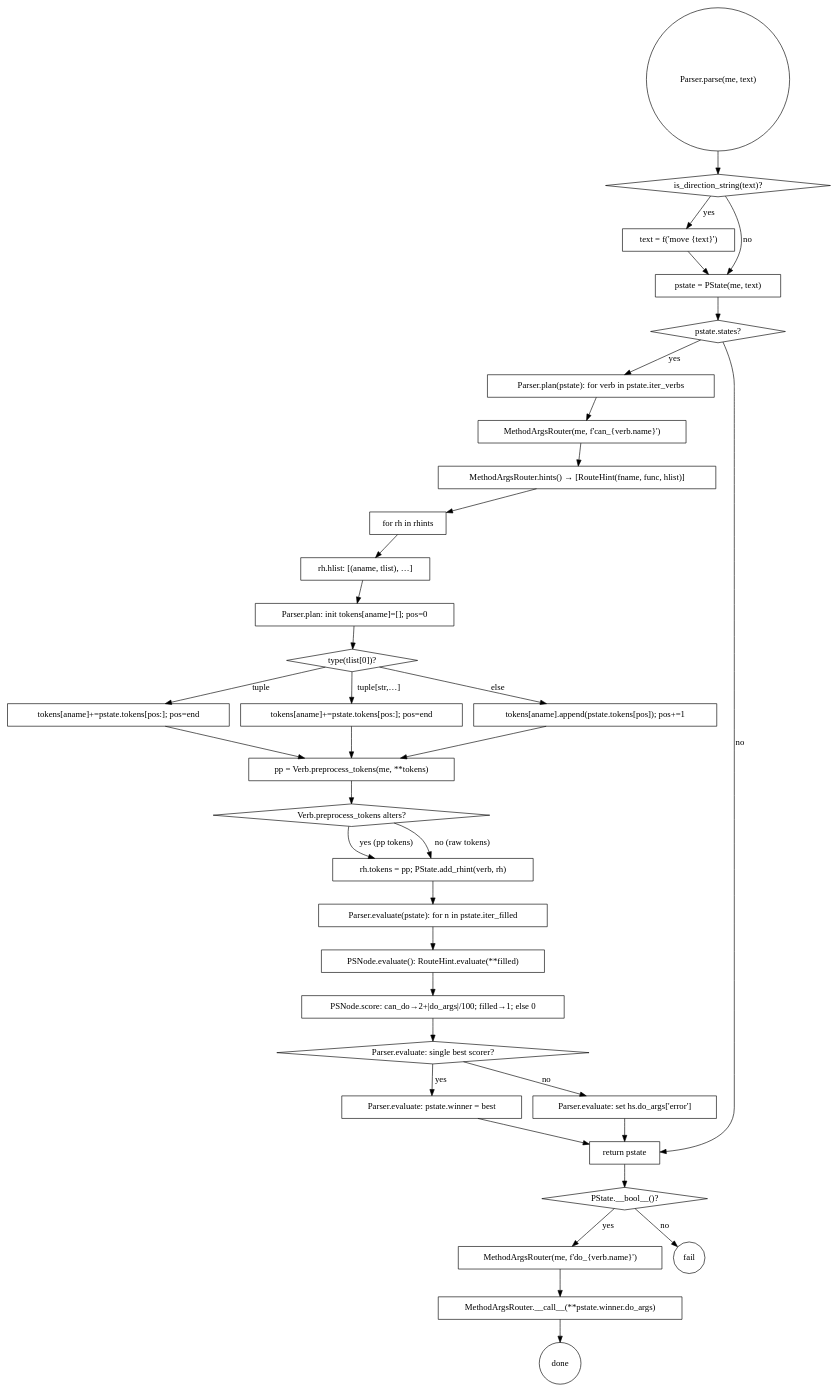
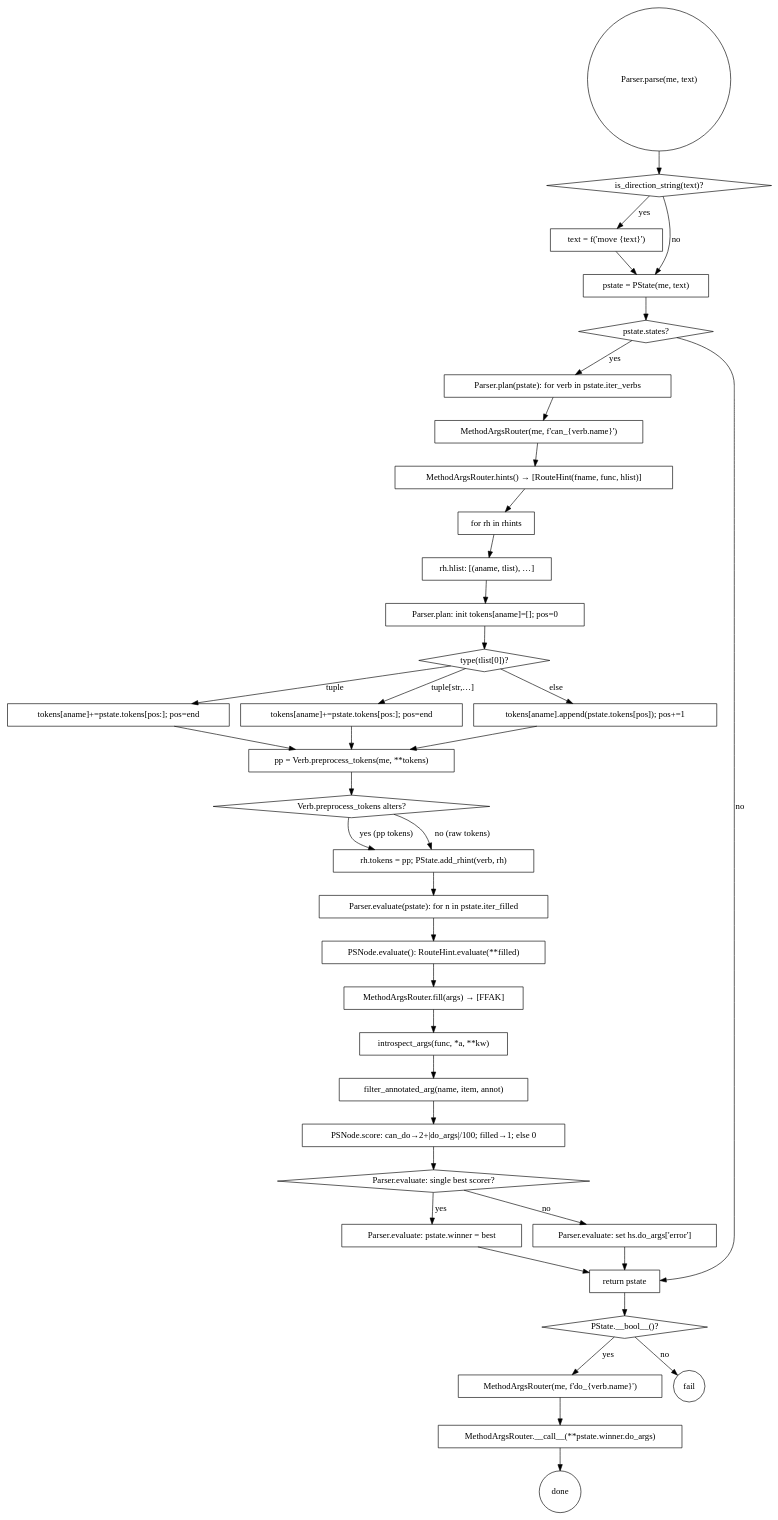
Before and after one commit to jettero/space: the diagram in parser.dot, drawn with Graphviz.

Commit message:
little more detail

```diff
--- a/parser.dot
+++ b/parser.dot
@@ -1,72 +1,75 @@
 digraph G {
   rankdir=TB;
 
   // Center on Parser.parse()
   start [shape=circle, label="Parser.parse(me, text)"];
   dirq [shape=diamond, label="is_direction_string(text)?"];
   toMoves [shape=box, label="text = f('move {text}')"];
   mkPState [shape=box, label="pstate = PState(me, text)"];
   haveStates [shape=diamond, label="pstate.states?"];
 
   // Planning phase
   plan [shape=box, label="Parser.plan(pstate): for verb in pstate.iter_verbs"];
   mrcan [shape=box, label="MethodArgsRouter(me, f'can_{verb.name}')"];
   rhints [shape=box, label="MethodArgsRouter.hints() → [RouteHint(fname, func, hlist)]"];
   rh_foreach [shape=box, label="for rh in rhints"];
   rh_hlist [shape=box, label="rh.hlist: [(aname, tlist), …]"];
   fillTok [shape=box, label="Parser.plan: init tokens[aname]=[]; pos=0"];
   tlistHead [shape=diamond, label="type(tlist[0])?"];
   tlist1 [shape=box, label="tokens[aname]+=pstate.tokens[pos:]; pos=end"];
   tlistEll [shape=box, label="tokens[aname]+=pstate.tokens[pos:]; pos=end"];
   tlistAtom [shape=box, label="tokens[aname].append(pstate.tokens[pos]); pos+=1"];
   ppNeeded [shape=diamond, label="Verb.preprocess_tokens alters?"];
   preprocess [shape=box, label="pp = Verb.preprocess_tokens(me, **tokens)"];
   attach [shape=box, label="rh.tokens = pp; PState.add_rhint(verb, rh)"];
 
   // Evaluation phase
   eval [shape=box, label="Parser.evaluate(pstate): for n in pstate.iter_filled"];
   psnEval [shape=box, label="PSNode.evaluate(): RouteHint.evaluate(**filled)"];
+  mmrFill [shape=box, label="MethodArgsRouter.fill(args) → [FFAK]"];
+  ia [shape=box, label="introspect_args(func, *a, **kw)"];
+  faa [shape=box, label="filter_annotated_arg(name, item, annot)"];
   score [shape=box, label="PSNode.score: can_do→2+|do_args|/100; filled→1; else 0"];
   best [shape=diamond, label="Parser.evaluate: single best scorer?"];
   setwin [shape=box, label="Parser.evaluate: pstate.winner = best"];
   ambig [shape=box, label="Parser.evaluate: set hs.do_args['error']"];
   retp [shape=box, label="return pstate"];
 
   // Execution (outside parse)
   truthy [shape=diamond, label="PState.__bool__()?"];
   mrdo [shape=box, label="MethodArgsRouter(me, f'do_{verb.name}')"];
   invoke [shape=box, label="MethodArgsRouter.__call__(**pstate.winner.do_args)"];
   ok [shape=circle, label="done"];
   fail [shape=circle, label="fail"];
 
   start -> dirq;
   dirq -> toMoves [label="yes"];
   dirq -> mkPState [label="no"];
   toMoves -> mkPState;
   mkPState -> haveStates;
   haveStates -> retp [label="no"];
   haveStates -> plan [label="yes"];
 
   plan -> mrcan -> rhints -> rh_foreach -> rh_hlist -> fillTok -> tlistHead;
   tlistHead -> tlist1 [label="tuple"];
   tlistHead -> tlistEll [label="tuple[str,…]"];
   tlistHead -> tlistAtom [label="else"];
   tlist1 -> preprocess;
   tlistEll -> preprocess;
   tlistAtom -> preprocess;
   preprocess -> ppNeeded;
   ppNeeded -> attach [label="yes (pp tokens)"];
   ppNeeded -> attach [label="no (raw tokens)"];
   attach -> eval;
-  eval -> psnEval -> score -> best;
+  eval -> psnEval -> mmrFill -> ia -> faa -> score -> best;
   best -> setwin [label="yes"];
   best -> ambig [label="no"];
   setwin -> retp;
   ambig -> retp;
 
   // after parse returns
   retp -> truthy;
   truthy -> mrdo [label="yes"];
   truthy -> fail [label="no"];
   mrdo -> invoke -> ok;
 }
```
